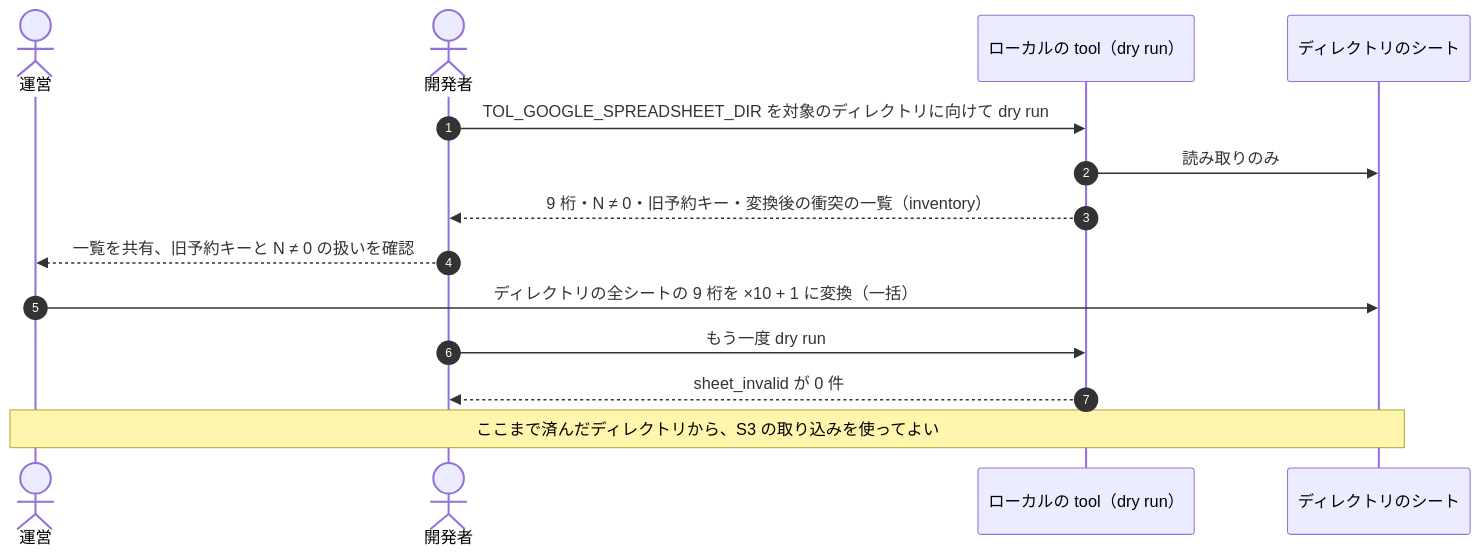
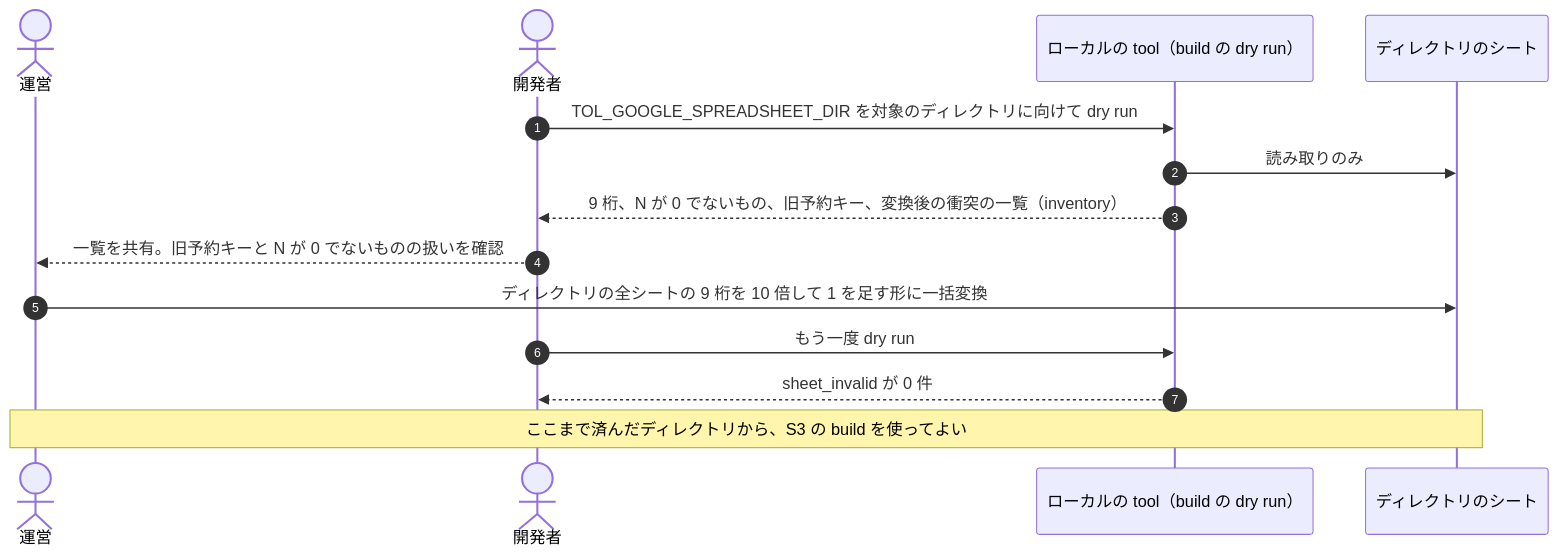
Diagram 20 of 20 in docs/design/master-distribution/sequence.md (BENieBlack/NexusMobileGameServer-Laravel), drawn with Mermaid before and after one commit. The commit also changed other lines of this file and 2 other files, not shown here.

Commit message:
docs: マスター配信のサーバー設計（db・api・sequence）を版ごとの mst DB と start_at の切り替えに書き直す（design-change） (#47)

````diff
--- a/docs/design/master-distribution/sequence.md
+++ b/docs/design/master-distribution/sequence.md
@@ -312,17 +767,17 @@
 ```mermaid
 sequenceDiagram
     autonumber
     actor OP as 運営
     actor DEV as 開発者
-    participant T as ローカルの tool（dry run）
+    participant T as ローカルの tool（build の dry run）
     participant G as ディレクトリのシート
 
     DEV->>T: TOL_GOOGLE_SPREADSHEET_DIR を対象のディレクトリに向けて dry run
     T->>G: 読み取りのみ
-    T-->>DEV: 9 桁・N ≠ 0・旧予約キー・変換後の衝突の一覧（inventory）
-    DEV-->>OP: 一覧を共有、旧予約キーと N ≠ 0 の扱いを確認
-    OP->>G: ディレクトリの全シートの 9 桁を ×10 + 1 に変換（一括）
+    T-->>DEV: 9 桁、N が 0 でないもの、旧予約キー、変換後の衝突の一覧（inventory）
+    DEV-->>OP: 一覧を共有。旧予約キーと N が 0 でないものの扱いを確認
+    OP->>G: ディレクトリの全シートの 9 桁を 10 倍して 1 を足す形に一括変換
     DEV->>T: もう一度 dry run
     T-->>DEV: sheet_invalid が 0 件
-    Note over OP,G: ここまで済んだディレクトリから、S3 の取り込みを使ってよい
+    Note over OP,G: ここまで済んだディレクトリから、S3 の build を使ってよい
 ```
````
